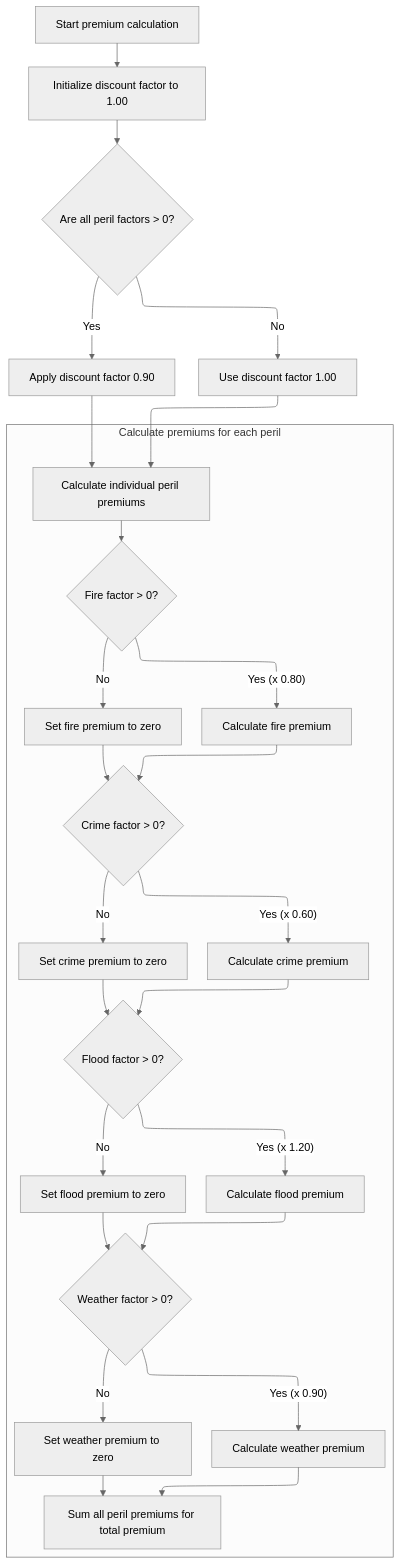
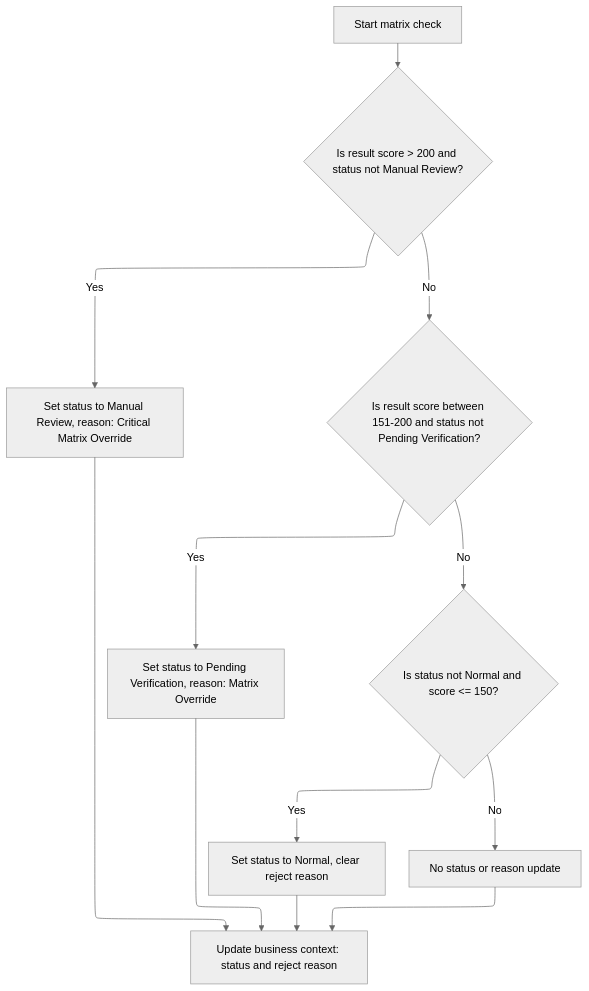
Diagram 13 of 15 in .swm/inserting-insurance-policy-data-lgapdb09.xwl743qs.sw.md (Giri-Swimm/Swimmio-genapp-motor), drawn with Mermaid (neutral theme) before and after one commit. The commit also changed other lines of this file and 17 other files, not shown here.

````diff
--- a/.swm/inserting-insurance-policy-data-lgapdb09.xwl743qs.sw.md
+++ b/.swm/inserting-insurance-policy-data-lgapdb09.xwl743qs.sw.md
@@ -1980,96 +2061,50 @@
 ```mermaid
 %%{init: {"flowchart": {"defaultRenderer": "elk"}} }%%
 flowchart TD
-    node1["Start premium calculation"] --> node2["Initialize discount factor to 1.00"]
-    click node1 openCode "base/src/lgcomcal.cbl:365:366"
-    click node2 openCode "base/src/lgcomcal.cbl:366:366"
-    node2 --> node3{"Are all peril factors > 0?"}
-    click node3 openCode "base/src/lgcomcal.cbl:373:376"
-    node3 -->|"Yes"| node4["Apply discount factor 0.90"]
-    click node4 openCode "base/src/lgcomcal.cbl:377:378"
-    node3 -->|"No"| node5["Use discount factor 1.00"]
-    click node5 openCode "base/src/lgcomcal.cbl:366:366"
-    node4 --> node6["Calculate individual peril premiums"]
-    node5 --> node6
-    subgraph perilPremiums["Calculate premiums for each peril"]
-        node6 --> node7{"Fire factor > 0?"}
-        click node7 openCode "base/src/lgcomcal.cbl:388:397"
-        node7 -->|"Yes (x 0.80)"| node8["Calculate fire premium"]
-        click node8 openCode "base/src/lgcomcal.cbl:389:393"
-        node7 -->|"No"| node9["Set fire premium to zero"]
-        click node9 openCode "base/src/lgcomcal.cbl:395:396"
-        node8 --> node10{"Crime factor > 0?"}
-        node9 --> node10
-        click node10 openCode "base/src/lgcomcal.cbl:399:408"
-        node10 -->|"Yes (x 0.60)"| node11["Calculate crime premium"]
-        click node11 openCode "base/src/lgcomcal.cbl:401:404"
-        node10 -->|"No"| node12["Set crime premium to zero"]
-        click node12 openCode "base/src/lgcomcal.cbl:406:407"
-        node11 --> node13{"Flood factor > 0?"}
-        node12 --> node13
-        click node13 openCode "base/src/lgcomcal.cbl:410:419"
-        node13 -->|"Yes (x 1.20)"| node14["Calculate flood premium"]
-        click node14 openCode "base/src/lgcomcal.cbl:412:415"
-        node13 -->|"No"| node15["Set flood premium to zero"]
-        click node15 openCode "base/src/lgcomcal.cbl:417:418"
-        node14 --> node16{"Weather factor > 0?"}
-        node15 --> node16
-        click node16 openCode "base/src/lgcomcal.cbl:421:430"
-        node16 -->|"Yes (x 0.90)"| node17["Calculate weather premium"]
-        click node17 openCode "base/src/lgcomcal.cbl:423:426"
-        node16 -->|"No"| node18["Set weather premium to zero"]
-        click node18 openCode "base/src/lgcomcal.cbl:428:429"
-        node17 --> node19["Sum all peril premiums for total premium"]
-        node18 --> node19
-        click node19 openCode "base/src/lgcomcal.cbl:432:434"
-    end
+    node1["Start matrix check"] --> node2{"Is result score > 200 and status not Manual Review?"}
+    click node1 openCode "base/src/lgapdb09.cbl:533:534"
+    click node2 openCode "base/src/lgapdb09.cbl:535:537"
+    node2 -->|"Yes"| node3["Set status to Manual Review, reason: Critical Matrix Override"]
+    click node3 openCode "base/src/lgapdb09.cbl:536:537"
+    node2 -->|"No"| node4{"Is result score between 151-200 and status not Pending Verification?"}
+    click node4 openCode "base/src/lgapdb09.cbl:538:540"
+    node4 -->|"Yes"| node5["Set status to Pending Verification, reason: Matrix Override"]
+    click node5 openCode "base/src/lgapdb09.cbl:539:540"
+    node4 -->|"No"| node6{"Is status not Normal and score <= 150?"}
+    click node6 openCode "base/src/lgapdb09.cbl:541:543"
+    node6 -->|"Yes"| node7["Set status to Normal, clear reject reason"]
+    click node7 openCode "base/src/lgapdb09.cbl:542:543"
+    node6 -->|"No"| node8["No status or reason update"]
+    click node8 openCode "base/src/lgapdb09.cbl:545:545"
+    node3 --> node9["Update business context: status and reject reason"]
+    node5 --> node9
+    node7 --> node9
+    node8 --> node9
+    click node9 openCode "base/src/lgapdb09.cbl:548:550"
 classDef HeadingStyle fill:#777777,stroke:#333,stroke-width:2px;
 
 %% Swimm:
 %% %%{init: {"flowchart": {"defaultRenderer": "elk"}} }%%
 %% flowchart TD
-%%     node1["Start premium calculation"] --> node2["Initialize discount factor to <SwmToken path="base/src/lgcomcal.cbl" pos="366:3:5" line-data="           MOVE 1.00 TO WS-RC-DISCOUNT.">`1.00`</SwmToken>"]
-%%     click node1 openCode "<SwmPath>[base/src/lgcomcal.cbl](base/src/lgcomcal.cbl)</SwmPath>:365:366"
-%%     click node2 openCode "<SwmPath>[base/src/lgcomcal.cbl](base/src/lgcomcal.cbl)</SwmPath>:366:366"
-%%     node2 --> node3{"Are all peril factors > 0?"}
-%%     click node3 openCode "<SwmPath>[base/src/lgcomcal.cbl](base/src/lgcomcal.cbl)</SwmPath>:373:376"
-%%     node3 -->|"Yes"| node4["Apply discount factor <SwmToken path="base/src/lgcomcal.cbl" pos="127:15:17" line-data="           03 WS-SA-DISCOUNT           PIC V99 VALUE 0.90.">`0.90`</SwmToken>"]
-%%     click node4 openCode "<SwmPath>[base/src/lgcomcal.cbl](base/src/lgcomcal.cbl)</SwmPath>:377:378"
-%%     node3 -->|"No"| node5["Use discount factor <SwmToken path="base/src/lgcomcal.cbl" pos="366:3:5" line-data="           MOVE 1.00 TO WS-RC-DISCOUNT.">`1.00`</SwmToken>"]
-%%     click node5 openCode "<SwmPath>[base/src/lgcomcal.cbl](base/src/lgcomcal.cbl)</SwmPath>:366:366"
-%%     node4 --> node6["Calculate individual peril premiums"]
-%%     node5 --> node6
-%%     subgraph perilPremiums["Calculate premiums for each peril"]
-%%         node6 --> node7{"Fire factor > 0?"}
-%%         click node7 openCode "<SwmPath>[base/src/lgcomcal.cbl](base/src/lgcomcal.cbl)</SwmPath>:388:397"
-%%         node7 -->|"Yes (x <SwmToken path="base/src/lgcomcal.cbl" pos="128:17:19" line-data="           03 WS-SA-FIRE-FACTOR        PIC V99 VALUE 0.80.">`0.80`</SwmToken>)"| node8["Calculate fire premium"]
-%%         click node8 openCode "<SwmPath>[base/src/lgcomcal.cbl](base/src/lgcomcal.cbl)</SwmPath>:389:393"
-%%         node7 -->|"No"| node9["Set fire premium to zero"]
-%%         click node9 openCode "<SwmPath>[base/src/lgcomcal.cbl](base/src/lgcomcal.cbl)</SwmPath>:395:396"
-%%         node8 --> node10{"Crime factor > 0?"}
-%%         node9 --> node10
-%%         click node10 openCode "<SwmPath>[base/src/lgcomcal.cbl](base/src/lgcomcal.cbl)</SwmPath>:399:408"
-%%         node10 -->|"Yes (x <SwmToken path="base/src/lgcomcal.cbl" pos="129:17:19" line-data="           03 WS-SA-CRIME-FACTOR       PIC V99 VALUE 0.60.">`0.60`</SwmToken>)"| node11["Calculate crime premium"]
-%%         click node11 openCode "<SwmPath>[base/src/lgcomcal.cbl](base/src/lgcomcal.cbl)</SwmPath>:401:404"
-%%         node10 -->|"No"| node12["Set crime premium to zero"]
-%%         click node12 openCode "<SwmPath>[base/src/lgcomcal.cbl](base/src/lgcomcal.cbl)</SwmPath>:406:407"
-%%         node11 --> node13{"Flood factor > 0?"}
-%%         node12 --> node13
-%%         click node13 openCode "<SwmPath>[base/src/lgcomcal.cbl](base/src/lgcomcal.cbl)</SwmPath>:410:419"
-%%         node13 -->|"Yes (x <SwmToken path="base/src/lgcomcal.cbl" pos="130:17:19" line-data="           03 WS-SA-FLOOD-FACTOR       PIC V99 VALUE 1.20.">`1.20`</SwmToken>)"| node14["Calculate flood premium"]
-%%         click node14 openCode "<SwmPath>[base/src/lgcomcal.cbl](base/src/lgcomcal.cbl)</SwmPath>:412:415"
-%%         node13 -->|"No"| node15["Set flood premium to zero"]
-%%         click node15 openCode "<SwmPath>[base/src/lgcomcal.cbl](base/src/lgcomcal.cbl)</SwmPath>:417:418"
-%%         node14 --> node16{"Weather factor > 0?"}
-%%         node15 --> node16
-%%         click node16 openCode "<SwmPath>[base/src/lgcomcal.cbl](base/src/lgcomcal.cbl)</SwmPath>:421:430"
-%%         node16 -->|"Yes (x <SwmToken path="base/src/lgcomcal.cbl" pos="127:15:17" line-data="           03 WS-SA-DISCOUNT           PIC V99 VALUE 0.90.">`0.90`</SwmToken>)"| node17["Calculate weather premium"]
-%%         click node17 openCode "<SwmPath>[base/src/lgcomcal.cbl](base/src/lgcomcal.cbl)</SwmPath>:423:426"
-%%         node16 -->|"No"| node18["Set weather premium to zero"]
-%%         click node18 openCode "<SwmPath>[base/src/lgcomcal.cbl](base/src/lgcomcal.cbl)</SwmPath>:428:429"
-%%         node17 --> node19["Sum all peril premiums for total premium"]
-%%         node18 --> node19
-%%         click node19 openCode "<SwmPath>[base/src/lgcomcal.cbl](base/src/lgcomcal.cbl)</SwmPath>:432:434"
-%%     end
+%%     node1["Start matrix check"] --> node2{"Is result score > 200 and status not Manual Review?"}
+%%     click node1 openCode "<SwmPath>[base/src/lgapdb09.cbl](base/src/lgapdb09.cbl)</SwmPath>:533:534"
+%%     click node2 openCode "<SwmPath>[base/src/lgapdb09.cbl](base/src/lgapdb09.cbl)</SwmPath>:535:537"
+%%     node2 -->|"Yes"| node3["Set status to Manual Review, reason: Critical Matrix Override"]
+%%     click node3 openCode "<SwmPath>[base/src/lgapdb09.cbl](base/src/lgapdb09.cbl)</SwmPath>:536:537"
+%%     node2 -->|"No"| node4{"Is result score between 151-200 and status not Pending Verification?"}
+%%     click node4 openCode "<SwmPath>[base/src/lgapdb09.cbl](base/src/lgapdb09.cbl)</SwmPath>:538:540"
+%%     node4 -->|"Yes"| node5["Set status to Pending Verification, reason: Matrix Override"]
+%%     click node5 openCode "<SwmPath>[base/src/lgapdb09.cbl](base/src/lgapdb09.cbl)</SwmPath>:539:540"
+%%     node4 -->|"No"| node6{"Is status not Normal and score <= 150?"}
+%%     click node6 openCode "<SwmPath>[base/src/lgapdb09.cbl](base/src/lgapdb09.cbl)</SwmPath>:541:543"
+%%     node6 -->|"Yes"| node7["Set status to Normal, clear reject reason"]
+%%     click node7 openCode "<SwmPath>[base/src/lgapdb09.cbl](base/src/lgapdb09.cbl)</SwmPath>:542:543"
+%%     node6 -->|"No"| node8["No status or reason update"]
+%%     click node8 openCode "<SwmPath>[base/src/lgapdb09.cbl](base/src/lgapdb09.cbl)</SwmPath>:545:545"
+%%     node3 --> node9["Update business context: status and reject reason"]
+%%     node5 --> node9
+%%     node7 --> node9
+%%     node8 --> node9
+%%     click node9 openCode "<SwmPath>[base/src/lgapdb09.cbl](base/src/lgapdb09.cbl)</SwmPath>:548:550"
 %% classDef HeadingStyle fill:#777777,stroke:#333,stroke-width:2px;
 ```
````
